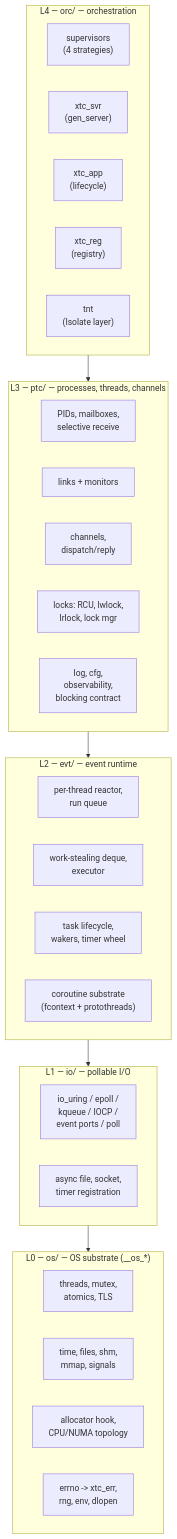
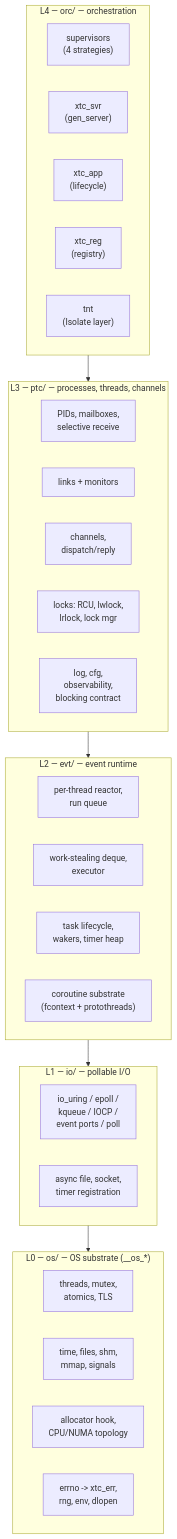
One commit to gburd/libxtc changed the second of 2 diagrams in docs/ARCHITECTURE.md. Above: the diagram before and after it, drawn with Mermaid. The commit also changed other lines of this file, not shown here.

Commit message:
docs: ARCHITECTURE: the timers are a min-heap, and what a finished task keeps
The layer table and diagram said the loop keeps a timer wheel; timer.c
is a binary min-heap (loop_int.h, 'Kept in a binary min-heap').  The L2
row named async/await, which 2.2 renamed xtc_coro_spawn/xtc_coro_join,
and said completed coroutine tasks are retained until loop destroy.
Since the proc-release fix a finished proc is released at once, and a
finished awaitable coroutine gives back its stack and keeps only its
task and coro structs (KNOWN_ISSUES, 'Still retained').

````diff
--- a/docs/ARCHITECTURE.md
+++ b/docs/ARCHITECTURE.md
@@ -44,40 +44,40 @@
 ```mermaid
 flowchart TD
     subgraph L4["L4 &mdash; orc/ &mdash; orchestration"]
         direction LR
         A4["supervisors<br/>(4 strategies)"]
         B4["xtc_svr<br/>(gen_server)"]
         C4["xtc_app<br/>(lifecycle)"]
         D4["xtc_reg<br/>(registry)"]
         E4["tnt<br/>(Isolate layer)"]
     end
     subgraph L3["L3 &mdash; ptc/ &mdash; processes, threads, channels"]
         direction LR
         A3["PIDs, mailboxes,<br/>selective receive"]
         B3["links + monitors"]
         C3["channels,<br/>dispatch/reply"]
         D3["locks: RCU, lwlock,<br/>lrlock, lock mgr"]
         E3["log, cfg,<br/>observability,<br/>blocking contract"]
     end
     subgraph L2["L2 &mdash; evt/ &mdash; event runtime"]
         direction LR
         A2["per-thread reactor,<br/>run queue"]
         B2["work-stealing deque,<br/>executor"]
-        C2["task lifecycle,<br/>wakers, timer wheel"]
+        C2["task lifecycle,<br/>wakers, timer heap"]
         D2["coroutine substrate<br/>(fcontext + protothreads)"]
     end
     subgraph L1["L1 &mdash; io/ &mdash; pollable I/O"]
         direction LR
         A1["io_uring / epoll /<br/>kqueue / IOCP /<br/>event ports / poll"]
         B1["async file, socket,<br/>timer registration"]
     end
     subgraph L0["L0 &mdash; os/ &mdash; OS substrate (__os_*)"]
         direction LR
         A0["threads, mutex,<br/>atomics, TLS"]
         B0["time, files, shm,<br/>mmap, signals"]
         C0["allocator hook,<br/>CPU/NUMA topology"]
         D0["errno -> xtc_err,<br/>rng, env, dlopen"]
     end
     L4 --> L3 --> L2 --> L1 --> L0
     classDef grp fill:#eef4ff,stroke:#4066c0;
 ```
````
